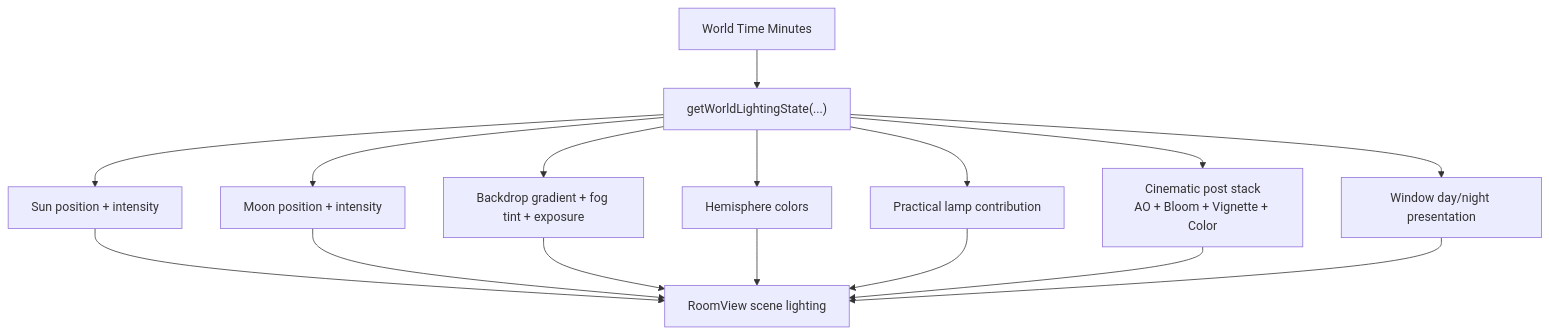
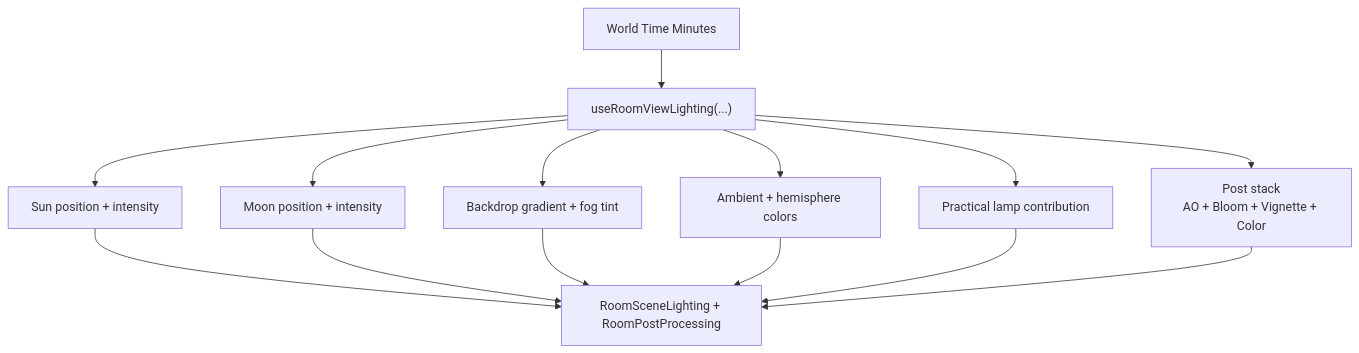
The fourth of 6 diagrams in docs/DIAGRAMS.md (Erlavush/FAHHH), drawn with Mermaid before and after one commit. The commit also changed other lines of this file and 78 other files, not shown here.

````diff
--- a/docs/DIAGRAMS.md
+++ b/docs/DIAGRAMS.md
@@ -77,19 +94,17 @@
 ```mermaid
 flowchart TD
-  Clock["World Time Minutes"] --> Lighting["getWorldLightingState(...)"]
+  Clock["World Time Minutes"] --> Lighting["useRoomViewLighting(...)"]
   Lighting --> Sun["Sun position + intensity"]
   Lighting --> Moon["Moon position + intensity"]
-  Lighting --> Backdrop["Backdrop gradient + fog tint + exposure"]
-  Lighting --> Hemi["Hemisphere colors"]
+  Lighting --> Backdrop["Backdrop gradient + fog tint"]
+  Lighting --> Hemi["Ambient + hemisphere colors"]
   Lighting --> Lamps["Practical lamp contribution"]
-  Lighting --> Post["Cinematic post stack<br/>AO + Bloom + Vignette + Color"]
-  Lighting --> Windows["Window day/night presentation"]
+  Lighting --> Post["Post stack<br/>AO + Bloom + Vignette + Color"]
 
-  Sun --> Scene["RoomView scene lighting"]
+  Sun --> Scene["RoomSceneLighting + RoomPostProcessing"]
   Moon --> Scene
   Backdrop --> Scene
   Hemi --> Scene
   Lamps --> Scene
   Post --> Scene
-  Windows --> Scene
 ```
````
